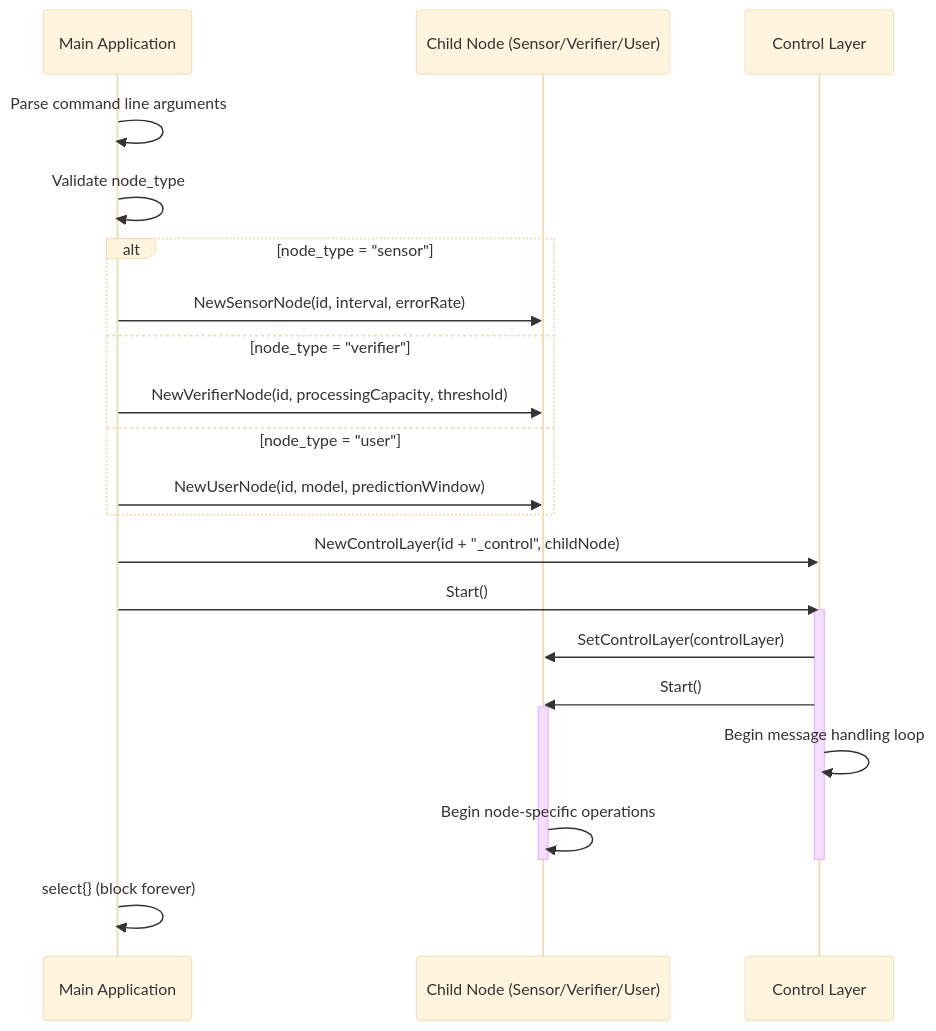
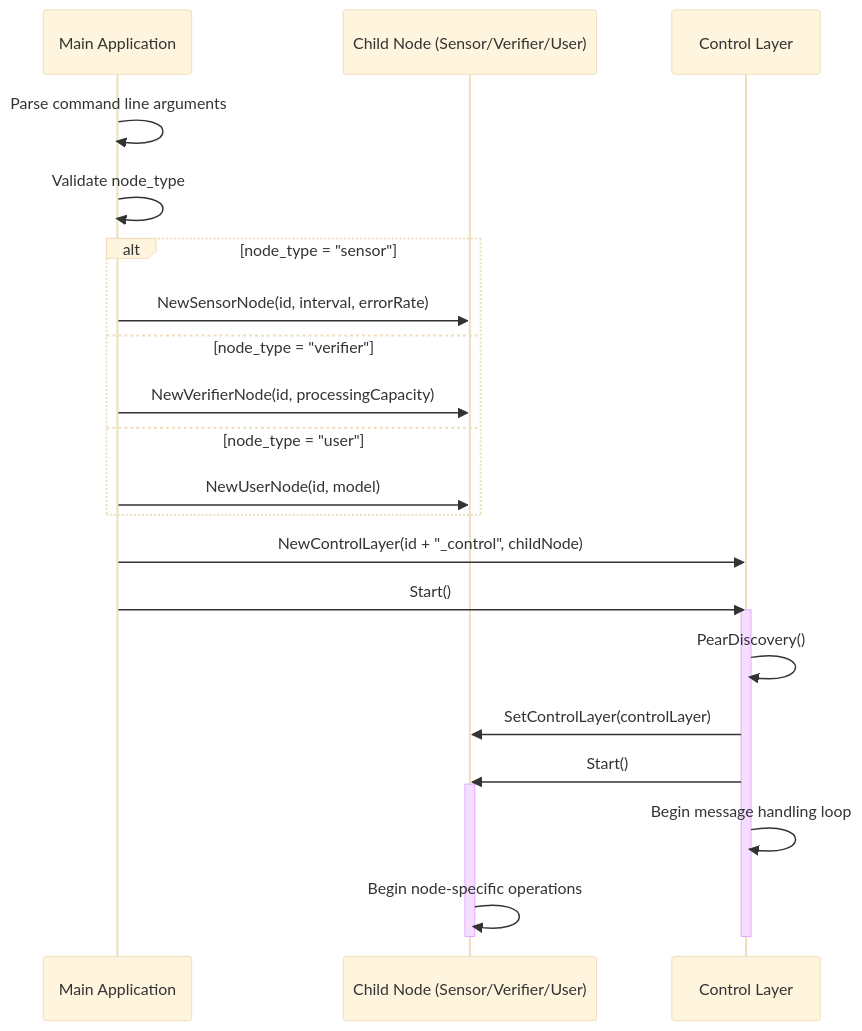
Before and after one commit to 4l3x4ndre/Distributed-System-with-Verification: the first of 5 diagrams in README.md, drawn with Mermaid (base theme). The commit also changed other lines of this file and 3 other files, not shown here.

````diff
--- a/README.md
+++ b/README.md
@@ -166,32 +214,34 @@
 ```mermaid
 sequenceDiagram
     participant Main as Main Application
     participant CN as Child Node (Sensor/Verifier/User)
     participant CL as Control Layer
     
     Main->>Main: Parse command line arguments
     Main->>Main: Validate node_type
-    
+ 	
     alt node_type = "sensor"
         Main->>CN: NewSensorNode(id, interval, errorRate)
     else node_type = "verifier"
-        Main->>CN: NewVerifierNode(id, processingCapacity, threshold)
+        Main->>CN: NewVerifierNode(id, processingCapacity)
     else node_type = "user"
-        Main->>CN: NewUserNode(id, model, predictionWindow)
-    end
-    
+        Main->>CN: NewUserNode(id, model)
+    end   
+	
     Main->>CL: NewControlLayer(id + "_control", childNode)
     
     Main->>CL: Start()
     activate CL
+    CL->>CL: PearDiscovery()
     CL->>CN: SetControlLayer(controlLayer)
     CL->>CN: Start()
     activate CN
+
+    
     
     CL->>CL: Begin message handling loop
     CN->>CN: Begin node-specific operations
     deactivate CN
     deactivate CL
     
-    Main->>Main: select{} (block forever)
 ```
````
